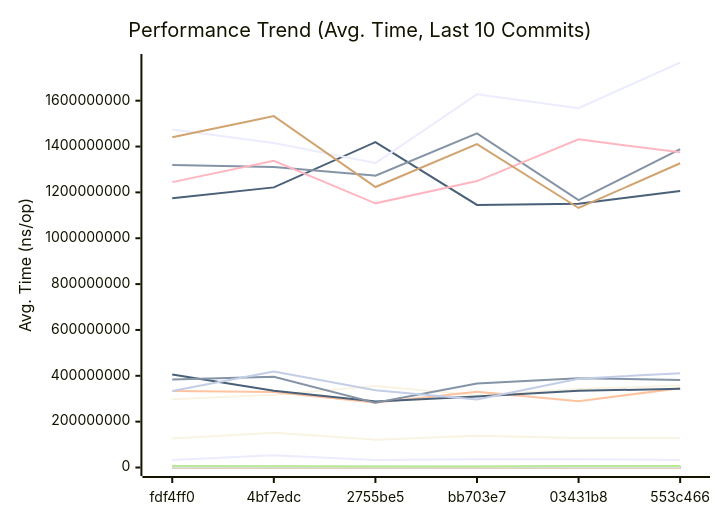
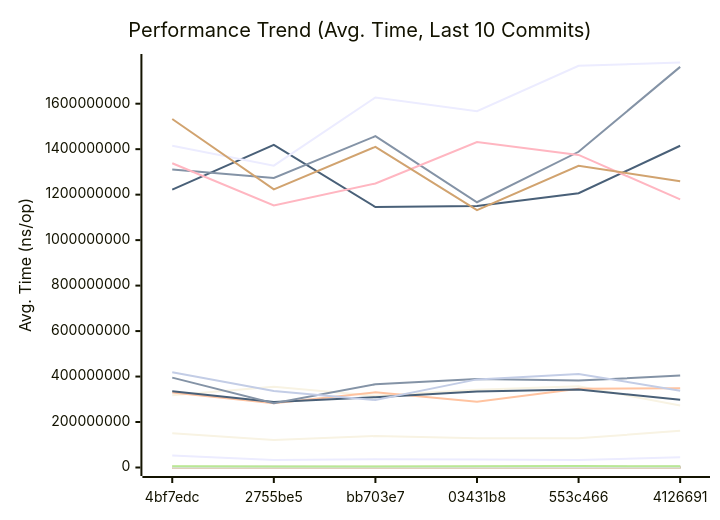
One commit to alsotoes/momo changed the first of 3 diagrams in docs/PERFORMANCE.md. Above: the diagram before and after it, drawn with Mermaid. The commit also changed other lines of this file and 3 other files, not shown here.

````diff
--- a/docs/PERFORMANCE.md
+++ b/docs/PERFORMANCE.md
@@ -260,44 +260,44 @@
 ```mermaid
 xychart-beta
     title "Performance Trend (Avg. Time, Last 10 Commits)"
     x-axis "Commit"
     y-axis "Avg. Time (ns/op)"
-    x-axis [fdf4ff0,4bf7edc,2755be5,bb703e7,03431b8,553c466]
-    line "AWSChunkedReaderSigned" [618041,521824,584439,539275,522839,619200,756300,663569,620161,606537]
-    line "AWSChunkedReaderUnsigned" [573661,451522,611665,550355,604498,664009,703433,611889,631352,615450]
-    line "CheckMetricsAndSwap" [10,17,10,11,10,10,12,13,11,9]
-    line "CrushOptimized" [458,539,432,471,405,485,513,528,381,489]
-    line "CrushOriginal" [633,730,712,650,699,646,673,697,599,581]
-    line "FormatListObjectsV2XML_AppendFormat" [848928,1046717,799795,1039816,911991,1056478,1286421,1165434,922011,962696]
-    line "FormatListObjectsV2XML_OldFormat" [535755,745142,464905,458449,554255,545961,720703,674915,518253,488621]
-    line "HashBytes/1MiB" [5110585,4751175,5064237,4383380,5547571,5240058,5525510,5093044,3747347,5123782]
-    line "HashBytes/256MiB" [1174333367,1221858506,1419279092,1145420213,1150583944,1206314796,1415065243,1121544781,1441434671,1284521850]
-    line "HashBytes/64MiB" [297766074,317593619,355000134,315394868,341933076,357748084,272405322,277104353,321801782,289844742]
-    line "HashFile/1MiB" [4950193,5129547,5747827,5999828,5183292,5520031,4909353,4510294,6901410,4299477]
-    line "HashFile/256MiB" [1319192441,1310601572,1273023822,1457159370,1166573869,1388569817,1761951053,1416186973,1274613971,1030231274]
-    line "HashFile/64MiB" [333549904,329592825,282613785,330397537,289173153,345945889,348425613,343417056,354037155,260223898]
-    line "IndexDirectTracking" [1,1,0,0,1,1,1,1,1,0]
-    line "IndexSearch" [2,5,4,3,3,4,4,4,4,4]
-    line "LastModifiedHeader_AppendFormat" [286,252,340,415,345,364,441,320,312,319]
-    line "LastModifiedHeader_Format" [385,350,398,514,394,431,520,582,394,406]
-    line "LoadGlobalConfig" [13356,14511,16366,13776,15095,13488,14097,14525,12164,12907]
-    line "LocalWrite/1MiB" [526423,795470,552166,778898,525512,577002,644852,573249,584326,612314]
-    line "LocalWrite/256MiB" [126435842,151118283,121284509,138380852,128601282,128702495,161190175,125958619,133440934,107404943]
-    line "LocalWrite/64MiB" [32839259,53059327,32531111,36029215,35542782,33119476,44891953,35402077,33399170,28308935]
-    line "PadString" [71,49,70,69,64,70,76,63,80,61]
+    x-axis [4bf7edc,2755be5,bb703e7,03431b8,553c466,4126691]
+    line "AWSChunkedReaderSigned" [521824,584439,539275,522839,619200,756300,663569,620161,606537,1043223]
+    line "AWSChunkedReaderUnsigned" [451522,611665,550355,604498,664009,703433,611889,631352,615450,1351997]
+    line "CheckMetricsAndSwap" [17,10,11,10,10,12,13,11,9,18]
+    line "CrushOptimized" [539,432,471,405,485,513,528,381,489,593]
+    line "CrushOriginal" [730,712,650,699,646,673,697,599,581,856]
+    line "FormatListObjectsV2XML_AppendFormat" [1046717,799795,1039816,911991,1056478,1286421,1165434,922011,962696,2255056]
+    line "FormatListObjectsV2XML_OldFormat" [745142,464905,458449,554255,545961,720703,674915,518253,488621,1103444]
+    line "HashBytes/1MiB" [4751175,5064237,4383380,5547571,5240058,5525510,5093044,3747347,5123782,7575501]
+    line "HashBytes/256MiB" [1221858506,1419279092,1145420213,1150583944,1206314796,1415065243,1121544781,1441434671,1284521850,2087994619]
+    line "HashBytes/64MiB" [317593619,355000134,315394868,341933076,357748084,272405322,277104353,321801782,289844742,509860327]
+    line "HashFile/1MiB" [5129547,5747827,5999828,5183292,5520031,4909353,4510294,6901410,4299477,8227082]
+    line "HashFile/256MiB" [1310601572,1273023822,1457159370,1166573869,1388569817,1761951053,1416186973,1274613971,1030231274,2135226775]
+    line "HashFile/64MiB" [329592825,282613785,330397537,289173153,345945889,348425613,343417056,354037155,260223898,558613671]
+    line "IndexDirectTracking" [1,0,0,1,1,1,1,1,0,1]
+    line "IndexSearch" [5,4,3,3,4,4,4,4,4,5]
+    line "LastModifiedHeader_AppendFormat" [252,340,415,345,364,441,320,312,319,610]
+    line "LastModifiedHeader_Format" [350,398,514,394,431,520,582,394,406,812]
+    line "LoadGlobalConfig" [14511,16366,13776,15095,13488,14097,14525,12164,12907,20187]
+    line "LocalWrite/1MiB" [795470,552166,778898,525512,577002,644852,573249,584326,612314,1771010]
+    line "LocalWrite/256MiB" [151118283,121284509,138380852,128601282,128702495,161190175,125958619,133440934,107404943,160392504]
+    line "LocalWrite/64MiB" [53059327,32531111,36029215,35542782,33119476,44891953,35402077,33399170,28308935,49166059]
+    line "PadString" [49,70,69,64,70,76,63,80,61,211]
     line "ParseReplicationOrder_NoPrealloc" [350,349,357,354,345,225,229,165,232,234]
     line "ParseReplicationOrder_Prealloc" [229,231,237,234,229,108,107,80,110,109]
-    line "Placement" [6718,8505,7344,6922,7453,7406,7040,7327,6313,6933]
-    line "PlacementDomainSpread" [6553,8563,7236,7465,7811,7868,7303,7101,6619,8426]
-    line "ReadVerify/1MiB" [4460850,5088522,3970325,4753309,4723356,4600918,6614208,4999715,4807436,3448579]
-    line "ReadVerify/256MiB" [1244837167,1337973310,1152182050,1249327431,1431247520,1374887457,1179131329,1513480600,1025626350,1253185341]
-    line "ReadVerify/64MiB" [405518693,335223998,288365836,309264832,334268234,343492740,297878657,337113294,296627981,281005831]
-    line "S3PutSpool/1MiB" [5795780,6486611,5066289,6659391,6179992,6697030,5335678,5117449,4156487,6430516]
-    line "S3PutSpool/256MiB" [1474423367,1414994967,1327631659,1627622695,1567298391,1766547568,1781197744,1337418784,1086529024,1304364707]
-    line "S3PutSpool/64MiB" [384356699,395378107,282251478,366146558,388891982,382189999,404192768,401720115,306669378,354128133]
-    line "SanitizeLog/Safe" [361,256,386,270,283,316,423,332,390,316]
-    line "SanitizeLog/Unsafe" [1091,801,1163,1016,1039,1170,1356,1050,1036,1076]
-    line "TrustedRead/1MiB" [6459603,5688219,4848751,4607932,6032847,6124228,5111302,5878450,3751975,4741810]
-    line "TrustedRead/256MiB" [1440831398,1532603475,1223453299,1410403058,1131933188,1326976357,1259207320,1168045663,1223117446,1462605918]
-    line "TrustedRead/64MiB" [333995810,418960245,336501521,296487000,387555406,411444369,337664579,350083685,287609190,397868130]
+    line "Placement" [8505,7344,6922,7453,7406,7040,7327,6313,6933,8102]
+    line "PlacementDomainSpread" [8563,7236,7465,7811,7868,7303,7101,6619,8426,8684]
+    line "ReadVerify/1MiB" [5088522,3970325,4753309,4723356,4600918,6614208,4999715,4807436,3448579,5630820]
+    line "ReadVerify/256MiB" [1337973310,1152182050,1249327431,1431247520,1374887457,1179131329,1513480600,1025626350,1253185341,1738129398]
+    line "ReadVerify/64MiB" [335223998,288365836,309264832,334268234,343492740,297878657,337113294,296627981,281005831,374198113]
+    line "S3PutSpool/1MiB" [6486611,5066289,6659391,6179992,6697030,5335678,5117449,4156487,6430516,9117398]
+    line "S3PutSpool/256MiB" [1414994967,1327631659,1627622695,1567298391,1766547568,1781197744,1337418784,1086529024,1304364707,2406472426]
+    line "S3PutSpool/64MiB" [395378107,282251478,366146558,388891982,382189999,404192768,401720115,306669378,354128133,528507413]
+    line "SanitizeLog/Safe" [256,386,270,283,316,423,332,390,316,623]
+    line "SanitizeLog/Unsafe" [801,1163,1016,1039,1170,1356,1050,1036,1076,2180]
+    line "TrustedRead/1MiB" [5688219,4848751,4607932,6032847,6124228,5111302,5878450,3751975,4741810,8367879]
+    line "TrustedRead/256MiB" [1532603475,1223453299,1410403058,1131933188,1326976357,1259207320,1168045663,1223117446,1462605918,2173767229]
+    line "TrustedRead/64MiB" [418960245,336501521,296487000,387555406,411444369,337664579,350083685,287609190,397868130,540269082]
 ```
````
